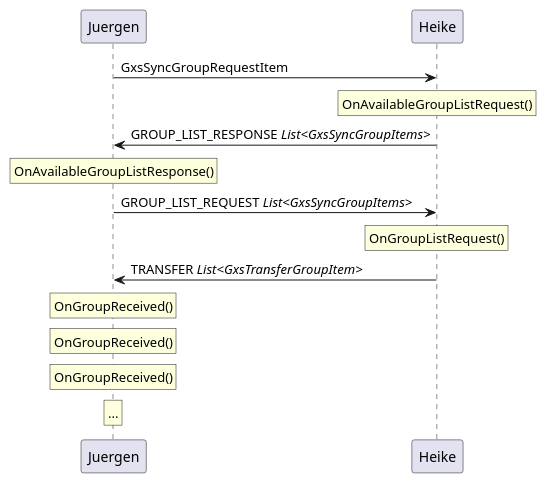
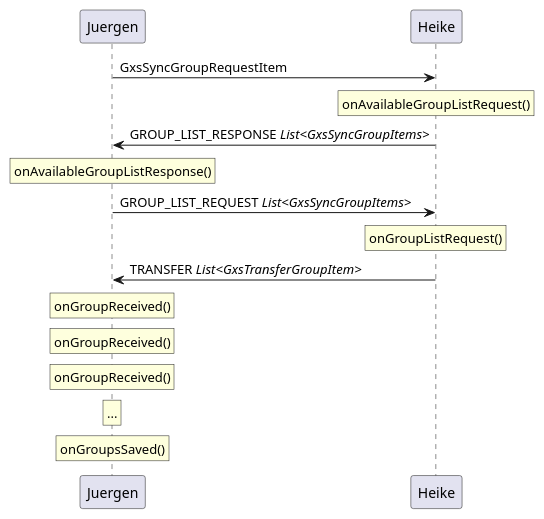
Before and after one commit to zapek/Xeres: the diagram in app/src/main/java/io/xeres/app/xrs/service/gxs/doc-files/transfer.puml, drawn with PlantUML. The commit also changed 12 other files, not shown here.

```diff
--- a/app/src/main/java/io/xeres/app/xrs/service/gxs/doc-files/transfer.puml
+++ b/app/src/main/java/io/xeres/app/xrs/service/gxs/doc-files/transfer.puml
@@ -1,13 +1,14 @@
 @startuml
 Juergen -> Heike : GxsSyncGroupRequestItem
-rnote over Heike : OnAvailableGroupListRequest()
+rnote over Heike : onAvailableGroupListRequest()
 Juergen <- Heike : GROUP_LIST_RESPONSE //List<GxsSyncGroupItems>//
-rnote over Juergen: OnAvailableGroupListResponse()
+rnote over Juergen: onAvailableGroupListResponse()
 Juergen -> Heike: GROUP_LIST_REQUEST //List<GxsSyncGroupItems>//
-rnote over Heike: OnGroupListRequest()
+rnote over Heike: onGroupListRequest()
 Heike -> Juergen: TRANSFER //List<GxsTransferGroupItem>//
-rnote over Juergen: OnGroupReceived()
-rnote over Juergen: OnGroupReceived()
-rnote over Juergen: OnGroupReceived()
+rnote over Juergen: onGroupReceived()
+rnote over Juergen: onGroupReceived()
+rnote over Juergen: onGroupReceived()
 rnote over Juergen: ...
+rnote over Juergen: onGroupsSaved()
 @enduml
```
